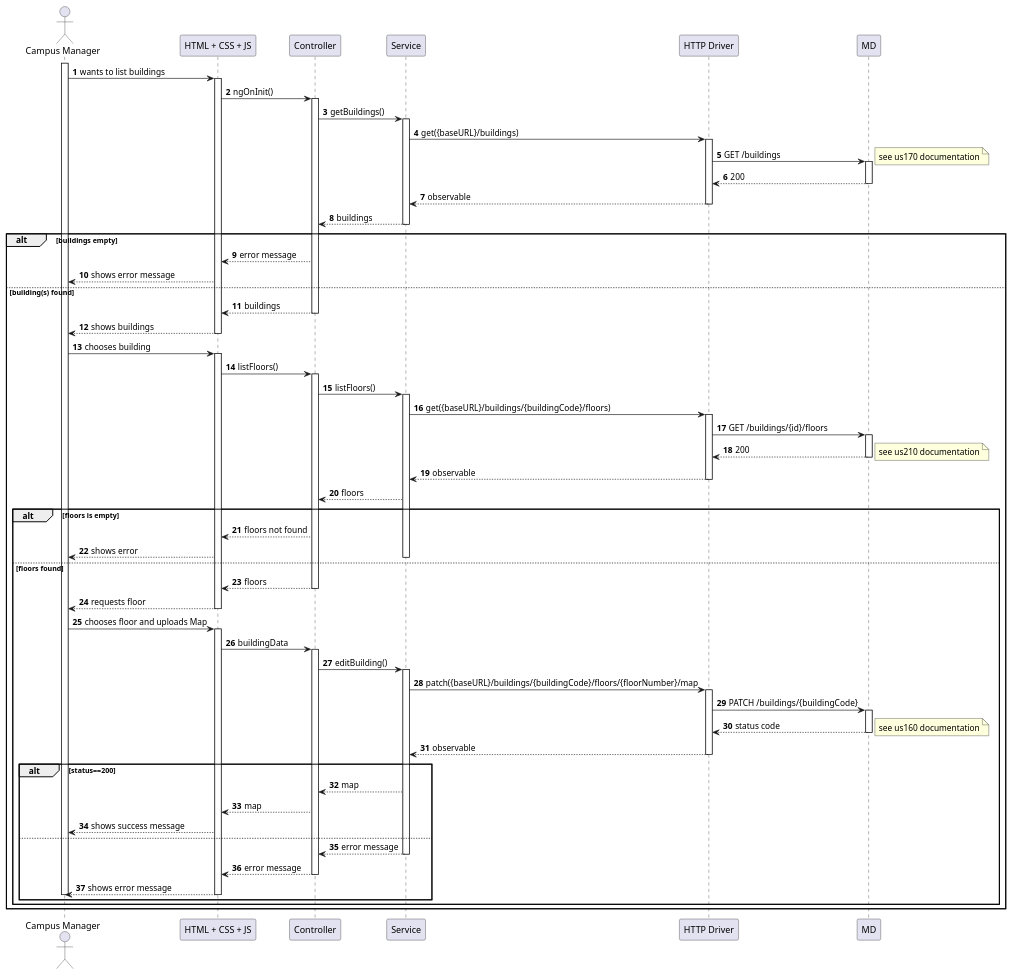
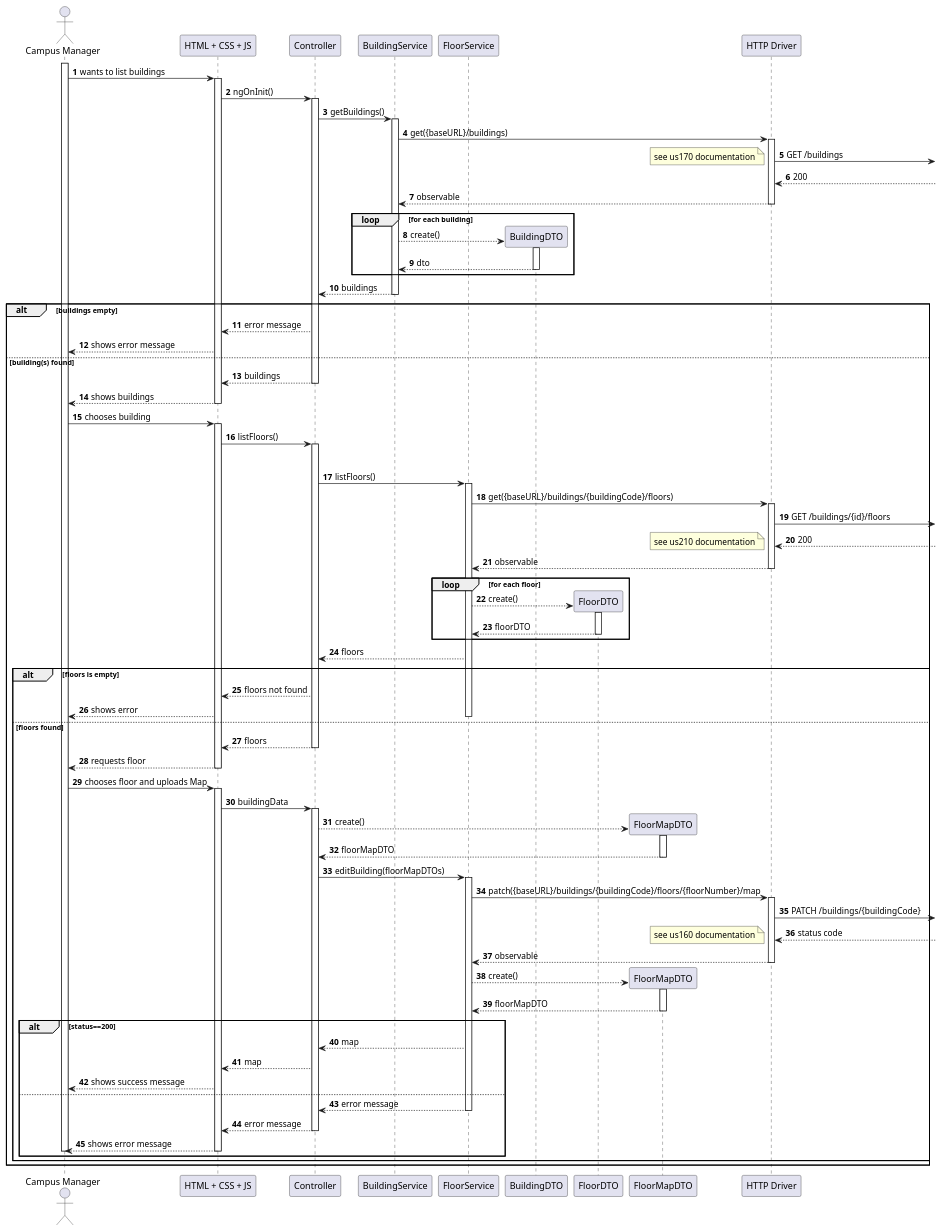
Before and after one commit to Departamento-de-Engenharia-Informatica/lapr5-23-24-g19: the diagram in docs/us1120/level3/process-view.puml, drawn with PlantUML. The commit also changed 17 other files, not shown here.

```diff
--- a/docs/us1120/level3/process-view.puml
+++ b/docs/us1120/level3/process-view.puml
@@ -1,99 +1,118 @@
 @startuml
 autonumber
 
 actor "Campus Manager" as usr
 
 participant "HTML + CSS + JS" as view
 participant "Controller" as ctrl
-participant "Service" as svc
+participant "BuildingService" as svc
+participant "FloorService" as floorSvc
+
+participant "BuildingDTO" as dto
+participant "FloorDTO" as floorDTO
+participant "FloorMapDTO" as floorMapDTO
 
 participant "HTTP Driver" as http
 
-participant "MD" as md
 
 activate usr
 usr -> view : wants to list buildings
     activate view
         view -> ctrl : ngOnInit()
         activate ctrl
             ctrl -> svc : getBuildings()
             activate svc
                 svc -> http : get({baseURL}/buildings)
                 activate http
-                    http -> md : GET /buildings
+                    http ->] : GET /buildings
                 note right : see us170 documentation
-            activate md
-                md --> http : 200
-                deactivate md
+                ]--> http : 200
                 http --> svc : observable
                 deactivate http
+                loop for each building
+                    svc --> dto** : create()
+                    activate dto
+                        dto --> svc : dto
+                    deactivate dto
+                end
                 svc --> ctrl : buildings
         alt buildings empty
                 deactivate svc
                 ctrl --> view : error message
                 view --> usr : shows error message
         else building(s) found
             ctrl --> view : buildings
             deactivate ctrl
             view --> usr : shows buildings
             deactivate
         deactivate view
         usr -> view : chooses building
         activate view
             view -> ctrl : listFloors()
             activate ctrl
-                ctrl -> svc : listFloors()
-                activate svc
-                    svc -> http : get({baseURL}/buildings/{buildingCode}/floors)
+            deactivate dto
+                ctrl -> floorSvc : listFloors()
+                activate floorSvc
+                    floorSvc -> http : get({baseURL}/buildings/{buildingCode}/floors)
                     activate http
-                        http -> md : GET /buildings/{id}/floors
-            activate md
-                md --> http : 200
+                        http ->] : GET /buildings/{id}/floors
+                ]--> http : 200
                 note right : see us210 documentation
-                deactivate md
-                    http --> svc : observable
+                    http --> floorSvc : observable
                     deactivate http
-                    svc --> ctrl : floors
+                    loop for each floor
+                        floorSvc --> floorDTO** : create()
+                        activate floorDTO
+                            floorDTO --> floorSvc : floorDTO
+                        deactivate floorDTO
+                    end
+                    floorSvc --> ctrl : floors
                     alt floors is empty
                         ctrl --> view : floors not found
                         view --> usr : shows error
                     else floors found
-                deactivate svc
+                deactivate floorSvc
 
                 ctrl --> view : floors
             deactivate ctrl
             view --> usr : requests floor
         deactivate view
 
         usr -> view : chooses floor and uploads Map
         activate view
             view -> ctrl : buildingData
             activate ctrl
-                ctrl -> svc : editBuilding()
-                activate svc
-                    svc -> http : patch({baseURL}/buildings/{buildingCode}/floors/{floorNumber}/map
+                ctrl --> floorMapDTO** : create()
+                activate floorMapDTO
+                    floorMapDTO --> ctrl : floorMapDTO
+                deactivate floorMapDTO
+                ctrl -> floorSvc : editBuilding(floorMapDTOs)
+                activate floorSvc
+                    floorSvc -> http : patch({baseURL}/buildings/{buildingCode}/floors/{floorNumber}/map
                     activate http
-                        http -> md : PATCH /buildings/{buildingCode}
-                        activate md
-                            md --> http : status code
-                        deactivate md
+                        http ->] : PATCH /buildings/{buildingCode}
+                            ]--> http : status code
                 note right : see us160 documentation
-                    http --> svc : observable
+                    http --> floorSvc : observable
                     deactivate http
+                    floorSvc --> floorMapDTO** : create()
+                    activate floorMapDTO
+                        floorMapDTO --> floorSvc : floorMapDTO
+                    deactivate floorMapDTO
                     alt status==200
-                    svc --> ctrl : map
+                    floorSvc --> ctrl : map
 
                 ctrl --> view : map
                 view --> usr : shows success message
                 else
-                    svc --> ctrl : error message
-                    deactivate svc
+                    floorSvc --> ctrl : error message
+                    deactivate floorSvc
                 ctrl --> view : error message
                 deactivate ctrl
             view --> usr : shows error message
             deactivate view
         deactivate usr
     end
     end
     end
 @enduml
```
